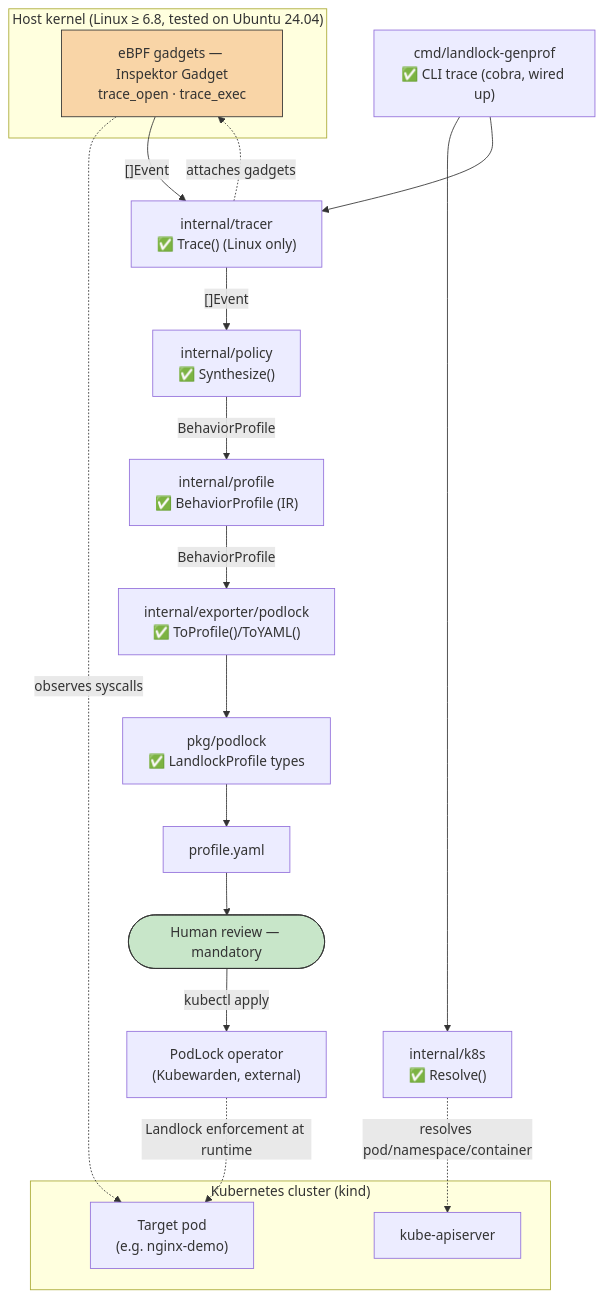
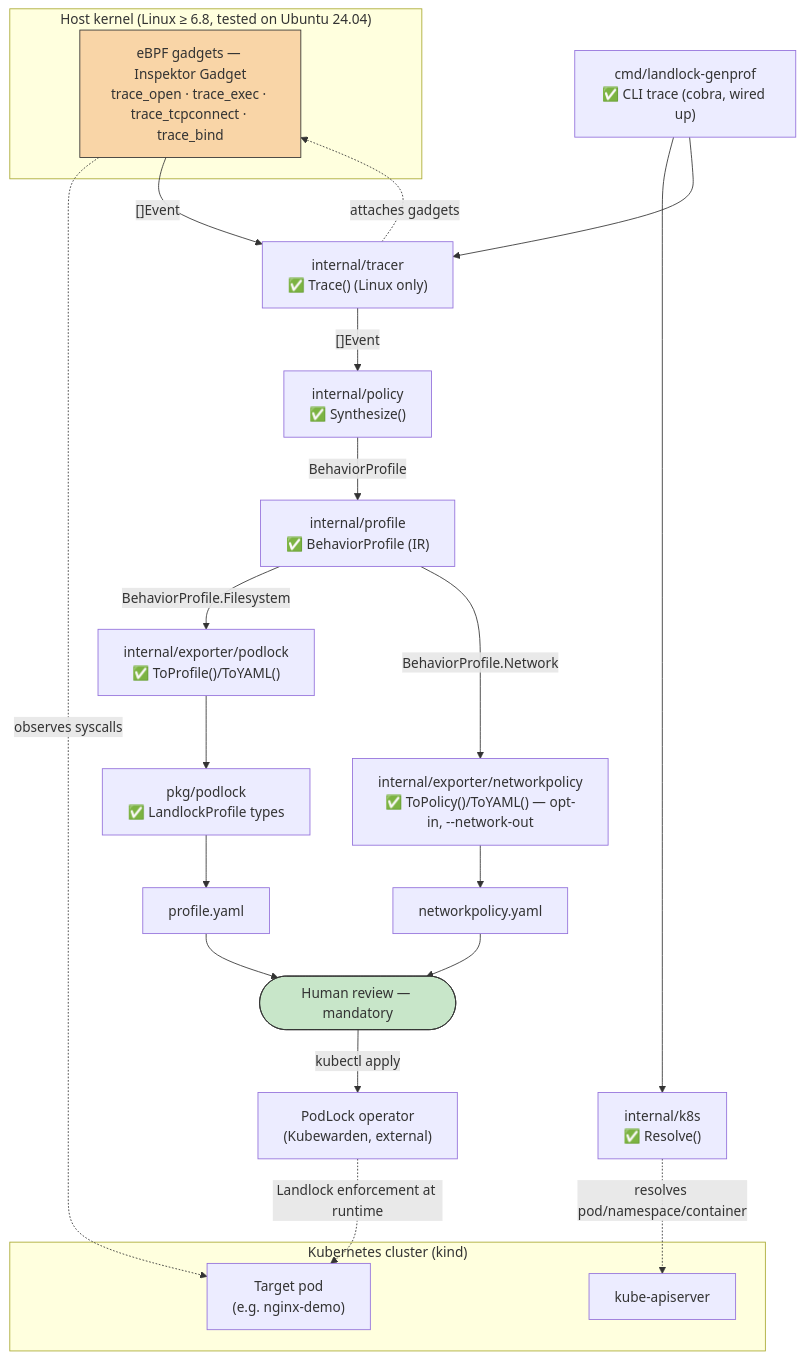
One commit to idriss-eliguene/landlock-genprof changed the first of 3 diagrams in docs/architecture.md. Above: the diagram before and after it, drawn with Mermaid. The commit also changed other lines of this file and 13 other files, not shown here.

First line of the commit message:
feat(network): add trace_tcpconnect/trace_bind tracing and a NetworkPolicy exporter

````diff
--- a/docs/architecture.md
+++ b/docs/architecture.md
@@ -11,40 +11,45 @@
 ```mermaid
 flowchart TD
     subgraph cluster["Kubernetes cluster (kind)"]
         POD["Target pod<br/>(e.g. nginx-demo)"]
         API["kube-apiserver"]
     end
 
     subgraph host["Host kernel (Linux ≥ 6.8, tested on Ubuntu 24.04)"]
-        EBPF["eBPF gadgets — Inspektor Gadget<br/>trace_open · trace_exec"]
+        EBPF["eBPF gadgets — Inspektor Gadget<br/>trace_open · trace_exec · trace_tcpconnect · trace_bind"]
     end
 
     CLI["cmd/landlock-genprof<br/>✅ CLI trace (cobra, wired up)"]
     K8SPKG["internal/k8s<br/>✅ Resolve()"]
     TRACER["internal/tracer<br/>✅ Trace() (Linux only)"]
     POLICY["internal/policy<br/>✅ Synthesize()"]
     IR["internal/profile<br/>✅ BehaviorProfile (IR)"]
     EXPORTER["internal/exporter/podlock<br/>✅ ToProfile()/ToYAML()"]
     PODLOCKTYPES["pkg/podlock<br/>✅ LandlockProfile types"]
     YAML["profile.yaml"]
+    NETEXPORTER["internal/exporter/networkpolicy<br/>✅ ToPolicy()/ToYAML() — opt-in, --network-out"]
+    NETYAML["networkpolicy.yaml"]
     HUMAN(["Human review — mandatory"])
     PODLOCKOP["PodLock operator<br/>(Kubewarden, external)"]
 
     CLI --> K8SPKG
     K8SPKG -. "resolves pod/namespace/container" .-> API
     CLI --> TRACER
     TRACER -. "attaches gadgets" .-> EBPF
     EBPF -. "observes syscalls" .-> POD
     EBPF -- "[]Event" --> TRACER
     TRACER -- "[]Event" --> POLICY
     POLICY -- "BehaviorProfile" --> IR
-    IR -- "BehaviorProfile" --> EXPORTER
+    IR -- "BehaviorProfile.Filesystem" --> EXPORTER
     EXPORTER --> PODLOCKTYPES
     PODLOCKTYPES --> YAML
+    IR -- "BehaviorProfile.Network" --> NETEXPORTER
+    NETEXPORTER --> NETYAML
     YAML --> HUMAN
+    NETYAML --> HUMAN
     HUMAN -- "kubectl apply" --> PODLOCKOP
     PODLOCKOP -. "Landlock enforcement at runtime" .-> POD
 
     style EBPF fill:#f9d5a7,stroke:#333
     style HUMAN fill:#c8e6c9,stroke:#333
 ```
````
